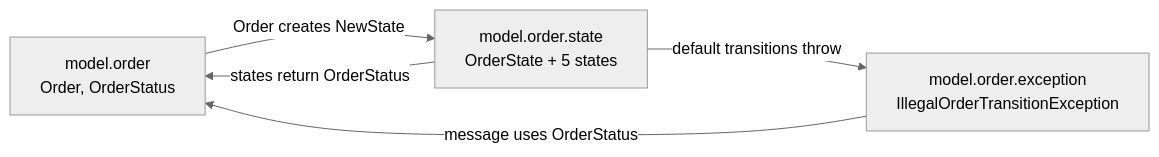
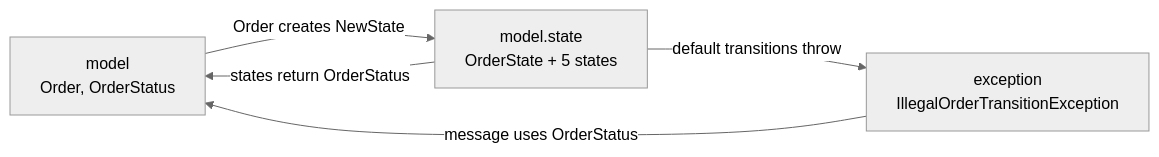
One commit to Born2Flex/OOD-Practice changed the diagram in notes/week-01.md. Above: the diagram before and after it, drawn with Mermaid (neutral theme). The commit also changed other lines of this file and 63 other files, not shown here.

````diff
--- a/notes/week-01.md
+++ b/notes/week-01.md
@@ -21,11 +23,11 @@
 ```mermaid
 graph LR
-    order["model.order<br/>Order, OrderStatus"]
-    state["model.order.state<br/>OrderState + 5 states"]
-    exception["model.order.exception<br/>IllegalOrderTransitionException"]
+    model["model<br/>Order, OrderStatus"]
+    state["model.state<br/>OrderState + 5 states"]
+    exception["exception<br/>IllegalOrderTransitionException"]
 
-    order -->|"Order creates NewState"| state
-    state -->|"states return OrderStatus"| order
+    model -->|"Order creates NewState"| state
+    state -->|"states return OrderStatus"| model
     state -->|"default transitions throw"| exception
-    exception -->|"message uses OrderStatus"| order
+    exception -->|"message uses OrderStatus"| model
 ```
````
